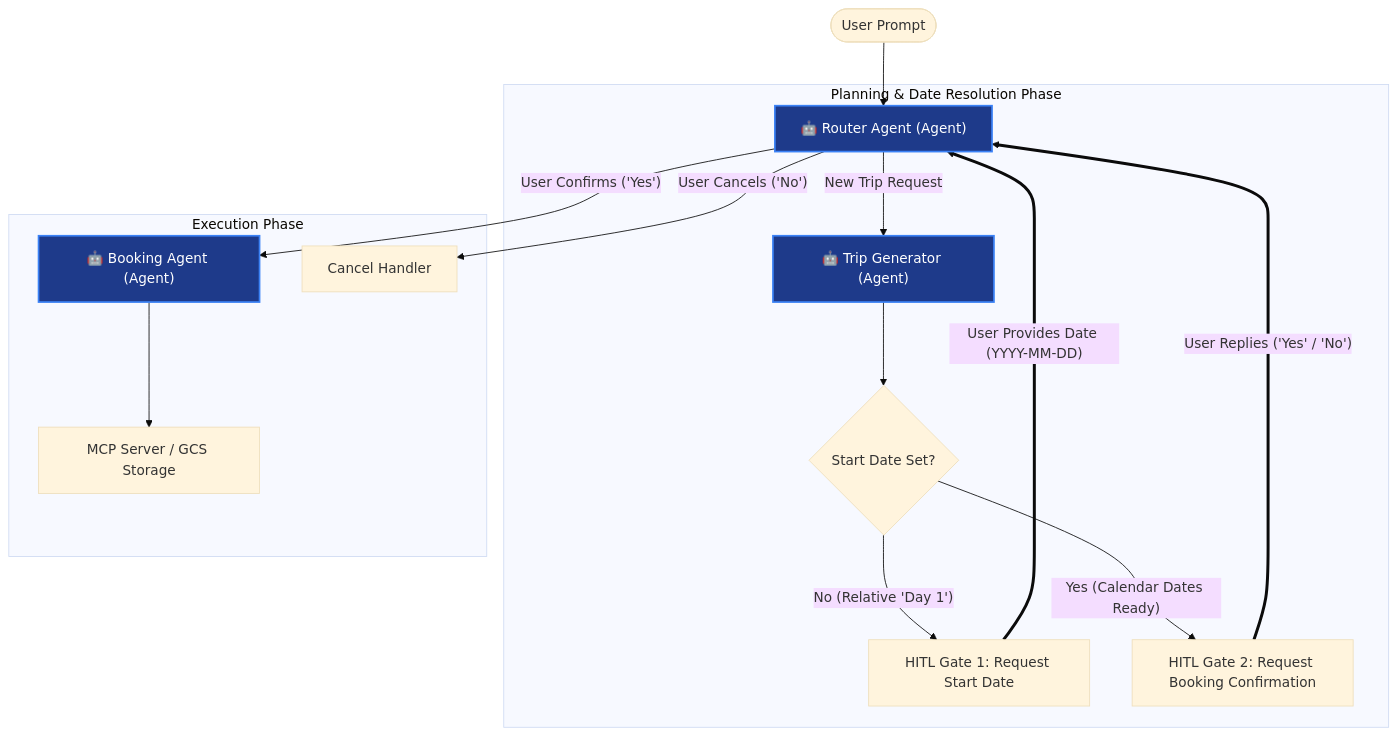
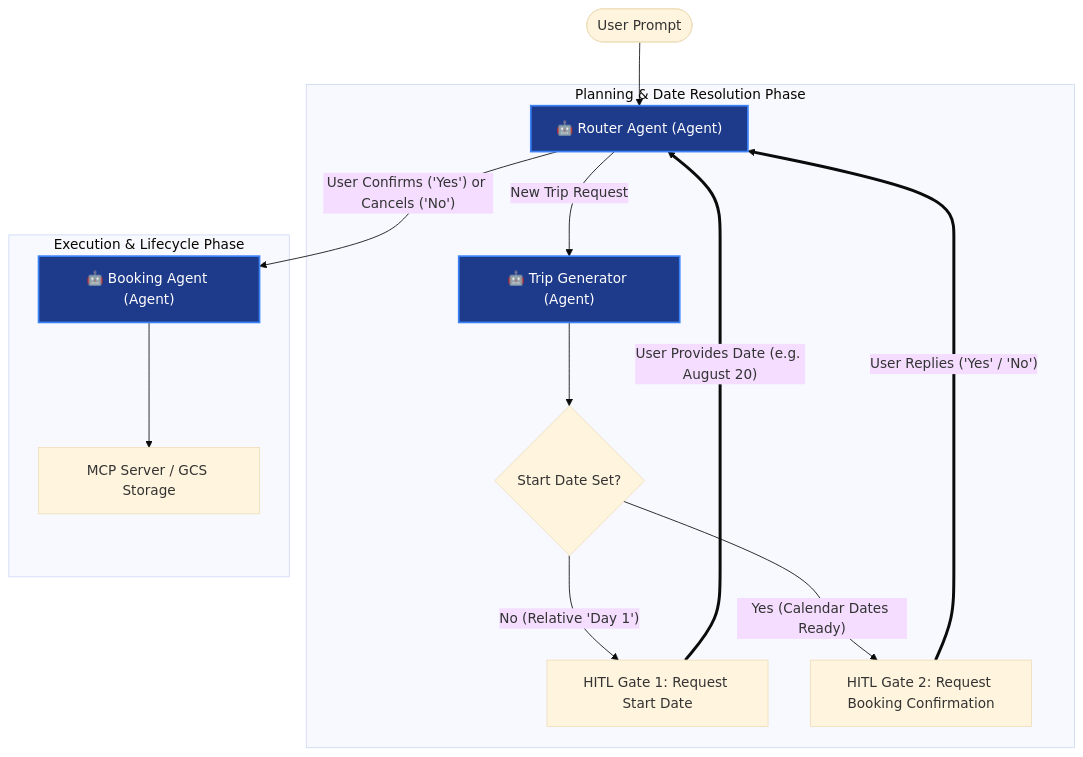
The diagram in README.md (rtannenbaum/agentic-trip-planner), drawn with Mermaid (base theme) before and after one commit. The commit also changed other lines of this file and 1 other file, not shown here.

Commit message:
combine cancellation into booking agent

````diff
--- a/README.md
+++ b/README.md
@@ -86,24 +86,23 @@
 ```mermaid
 graph TD
     User([User Prompt]) --> Router["🤖 Router Agent (Agent)"]:::agentStyle
     
     subgraph Planning & Date Resolution Phase
         Router -- "New Trip Request" --> TripGen["🤖 Trip Generator (Agent)"]:::agentStyle
         TripGen --> DateGate{Start Date Set?}
         
         DateGate -- "No (Relative 'Day 1')" --> Gate1["HITL Gate 1: Request Start Date"]
         DateGate -- "Yes (Calendar Dates Ready)" --> Gate2["HITL Gate 2: Request Booking Confirmation"]
     end
     
-    subgraph Execution Phase
-        Router -- "User Confirms ('Yes')" --> BookAgent["🤖 Booking Agent (Agent)"]:::agentStyle
-        Router -- "User Cancels ('No')" --> Cancel[Cancel Handler]
+    subgraph Execution & Lifecycle Phase
+        Router -- "User Confirms ('Yes') or Cancels ('No')" --> BookAgent["🤖 Booking Agent (Agent)"]:::agentStyle
         
         BookAgent --> MCP[MCP Server / GCS Storage]
     end
     
-    Gate1 == "User Provides Date (YYYY-MM-DD)" ==> Router
+    Gate1 == "User Provides Date (e.g. August 20)" ==> Router
     Gate2 == "User Replies ('Yes' / 'No')" ==> Router
 
     classDef agentStyle fill:#1e3a8a,stroke:#3b82f6,color:#ffffff,stroke-width:2px;
 ```
````
